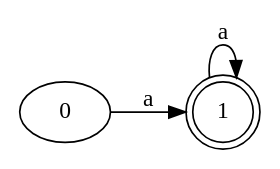
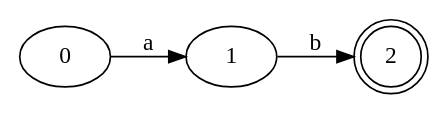
The diagram in Graph/DFA_Direct.gv (MaaarcosG/Automatas), drawn with Graphviz before and after one commit. The commit also changed 6 other files, not shown here.

```diff
--- a/Graph/DFA_Direct.gv
+++ b/Graph/DFA_Direct.gv
@@ -1,7 +1,8 @@
 digraph Automata {
 	rankdir=LR
 	0 [label=0]
 	0 -> 1 [label=a]
-	1 [label=1 shape=doublecircle]
-	1 -> 1 [label=a]
+	1 [label=1]
+	1 -> 2 [label=b]
+	2 [label=2 shape=doublecircle]
 }
```
